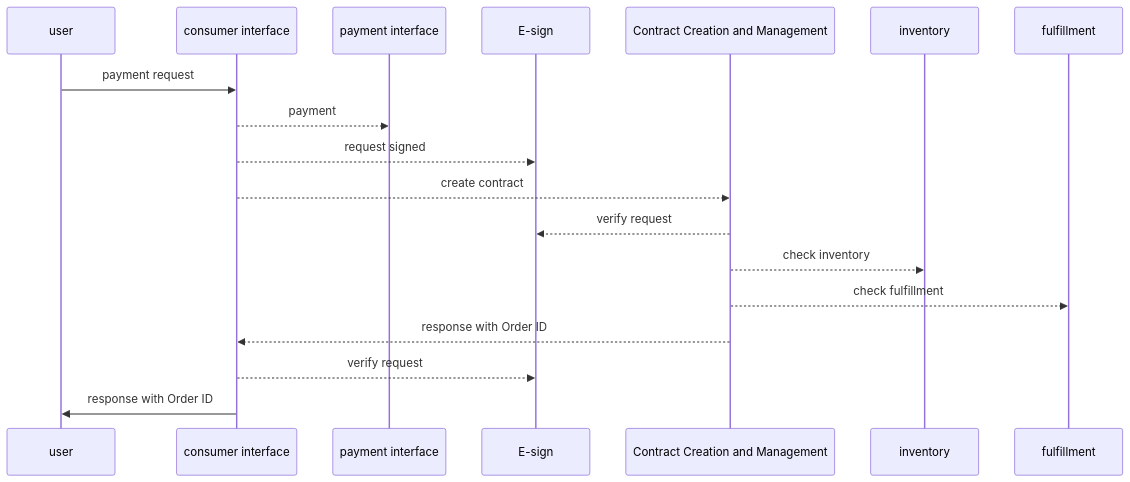
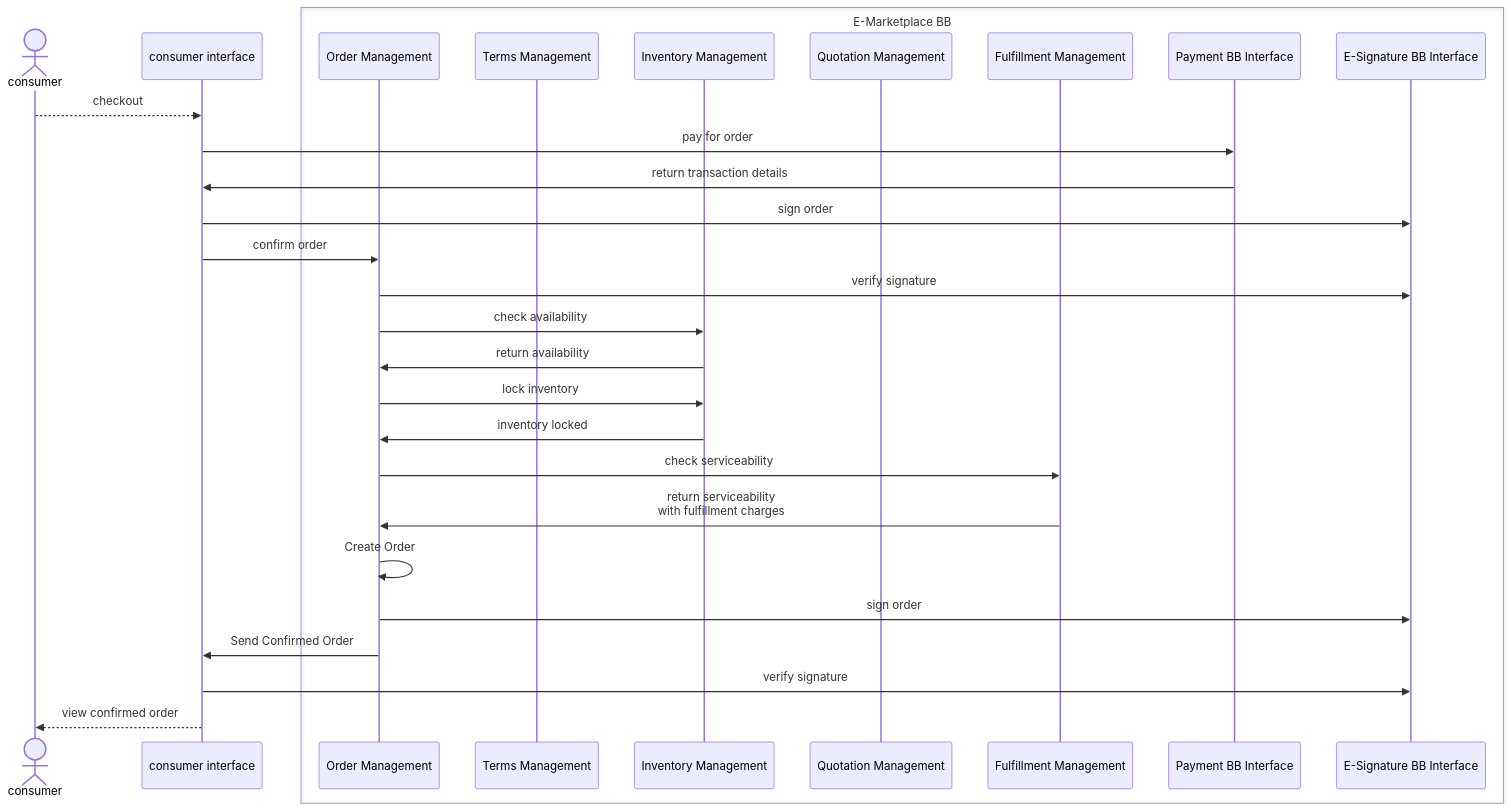
One commit to GovStackWorkingGroup/bb-emarketplace changed the fourth of 15 diagrams in spec/9-workflows.md. Above: the diagram before and after it, drawn with Mermaid.

Commit message:
GITBOOK-49: change request with no subject merged in GitBook

````diff
--- a/spec/9-workflows.md
+++ b/spec/9-workflows.md
@@ -129,15 +129,35 @@
 ```mermaid
 sequenceDiagram
-user->>consumer interface: payment request
-consumer interface-->>payment interface: payment
-consumer interface-->>E-sign:request signed
-consumer interface-->>Contract Creation and Management:create contract
-Contract Creation and Management-->>E-sign:verify request
-Contract Creation and Management-->>inventory:check inventory
-Contract Creation and Management-->>fulfillment:check fulfillment
-Contract Creation and Management-->>consumer interface:response with Order ID
-consumer interface-->>E-sign:verify request
-consumer interface->>user:response with Order ID
- 
+    Actor consumer
+    participant consumer interface
+    box E-Marketplace BB
+    participant Order Management
+    participant Terms Management
+    participant Inventory Management
+    participant Quotation Management
+    participant Fulfillment Management
+    participant Payment BB Interface
+    participant E-Signature BB Interface
+    end
+    consumer-->>consumer interface: checkout
+    consumer interface->>Payment BB Interface: pay for order
+    Payment BB Interface->>consumer interface: return transaction details
+    consumer interface->>E-Signature BB Interface:sign order
+    consumer interface->>Order Management:confirm order
+    Order Management->>E-Signature BB Interface:verify signature
+    Order Management->>Inventory Management: check availability
+    Inventory Management->>Order Management: return availability
+    Order Management->>Inventory Management: lock inventory
+    Inventory Management->>Order Management: inventory locked
+    Order Management->>Fulfillment Management: check serviceability
+    Fulfillment Management->>Order Management: return serviceability <br/> with fulfillment charges
+    Order Management->>Order Management: Create Order
+    Order Management->>E-Signature BB Interface:sign order
+    Order Management->>consumer interface: Send Confirmed Order
+    consumer interface->>E-Signature BB Interface:verify signature
+    consumer interface-->>consumer:view confirmed order
+
+
+     
 
 ```
````
